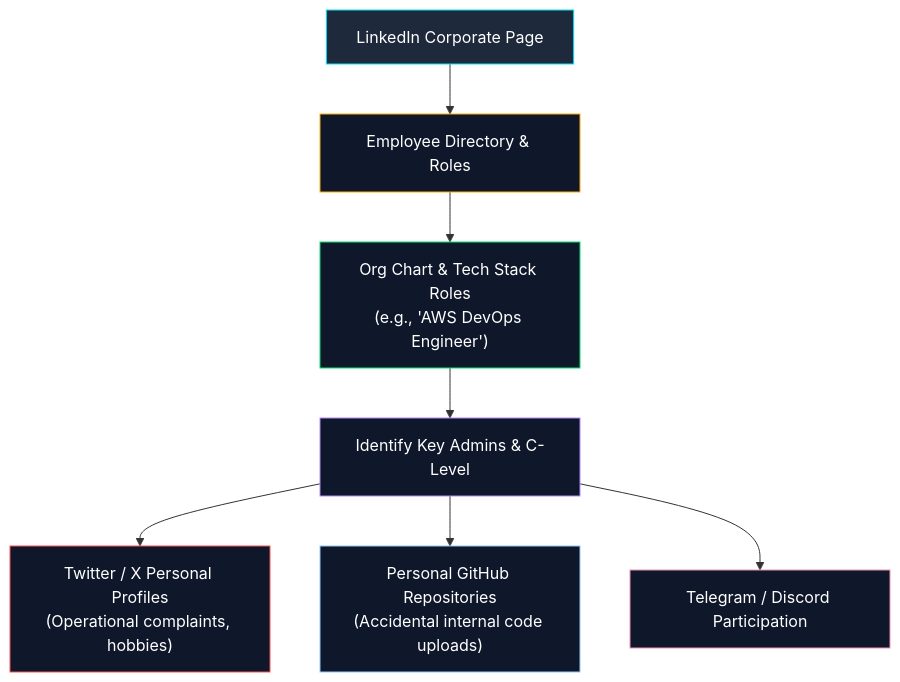
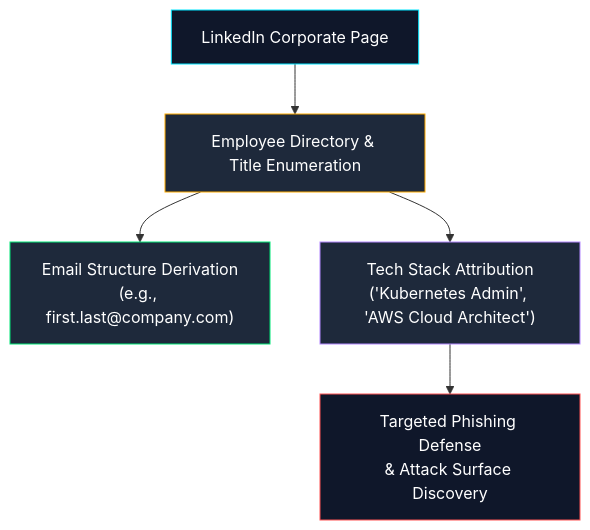
The seventh of 16 diagrams in OSINT/Over all OSINT/OSINT_Complete_Framework_and_Investigation_Guide.md (sivaoffl04/Cyber-Blog), drawn with Mermaid before and after one commit. The commit also changed other lines of this file and 1 other file, not shown here.

````diff
--- a/OSINT/Over all OSINT/OSINT_Complete_Framework_and_Investigation_Guide.md
+++ b/OSINT/Over all OSINT/OSINT_Complete_Framework_and_Investigation_Guide.md
@@ -479,17 +869,16 @@
 ```mermaid
 flowchart TD
-    LI["LinkedIn Corporate Page"] --> HR["Employee Directory & Roles"]
-    HR --> ORG["Org Chart & Tech Stack Roles\n(e.g., 'AWS DevOps Engineer')"]
-    ORG --> EX["Identify Key Admins & C-Level"]
-    EX --> TW["Twitter / X Personal Profiles\n(Operational complaints, hobbies)"]
-    EX --> GH["Personal GitHub Repositories\n(Accidental internal code uploads)"]
-    EX --> TG["Telegram / Discord Participation"]
+    LI["LinkedIn Corporate Page"] --> EMP["Employee Directory & Title Enumeration"]
+    EMP --> PAT["Email Structure Derivation
+(e.g., first.last@company.com)"]
+    EMP --> ROLES["Tech Stack Attribution
+('Kubernetes Admin', 'AWS Cloud Architect')"]
+    ROLES --> SEC["Targeted Phishing Defense
+& Attack Surface Discovery"]
 
-    style LI fill:#1e293b,stroke:#00e5ff,color:#fff
-    style HR fill:#0f172a,stroke:#ffab00,color:#fff
-    style ORG fill:#0f172a,stroke:#00e676,color:#fff
-    style EX fill:#0f172a,stroke:#b388ff,color:#fff
-    style TW fill:#0f172a,stroke:#ff5252,color:#fff
-    style GH fill:#0f172a,stroke:#90caf9,color:#fff
-    style TG fill:#0f172a,stroke:#f48fb1,color:#fff
+    style LI fill:#0f172a,stroke:#00e5ff,color:#fff
+    style EMP fill:#1e293b,stroke:#ffab00,color:#fff
+    style PAT fill:#1e293b,stroke:#00e676,color:#fff
+    style ROLES fill:#1e293b,stroke:#b388ff,color:#fff
+    style SEC fill:#0f172a,stroke:#ff5252,color:#fff
 ```
````
